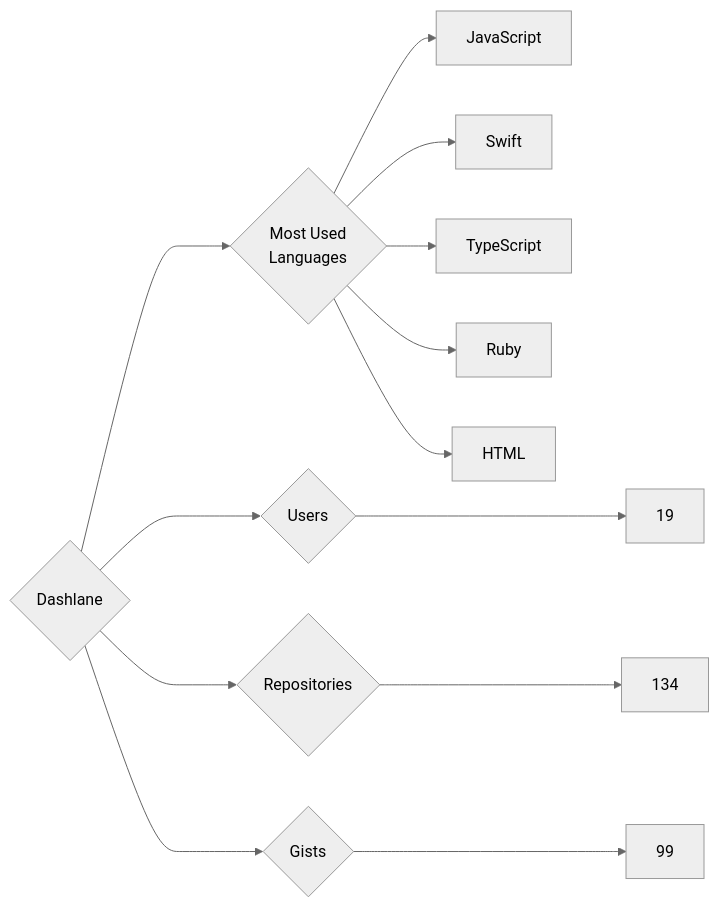
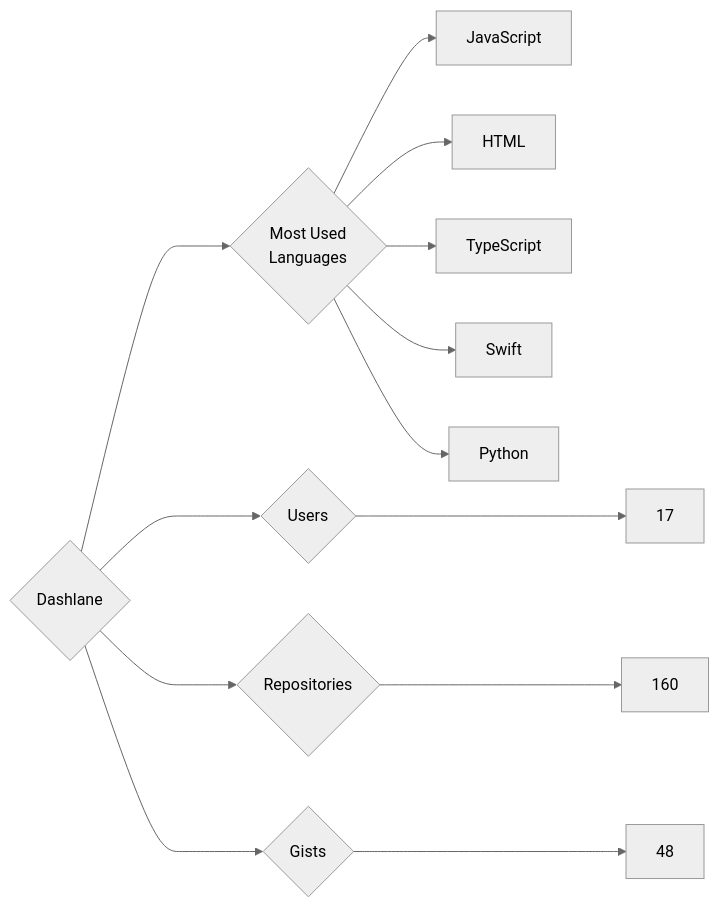
One commit to trickest/insiders changed the diagram in targets/Dashlane/README.md. Above: the diagram before and after it, drawn with Mermaid (neutral theme). The commit also changed 757 other files, not shown here.

````diff
--- a/targets/Dashlane/README.md
+++ b/targets/Dashlane/README.md
@@ -3,13 +3,13 @@
 ```mermaid
 graph LR
 COMPANY_NAME{Dashlane}
-COMPANY_NAME ---> U{Users} ---> UN[19]
-COMPANY_NAME ---> R{Repositories} ---> RN[134]
-COMPANY_NAME ---> G{Gists} ---> GN[99]
+COMPANY_NAME ---> U{Users} ---> UN[17]
+COMPANY_NAME ---> R{Repositories} ---> RN[160]
+COMPANY_NAME ---> G{Gists} ---> GN[48]
 COMPANY_NAME ---> ML{Most Used<br>Languages}
 ML --> JavaScript[JavaScript]
+ML --> HTML[HTML]
+ML --> TypeScript[TypeScript]
 ML --> Swift[Swift]
-ML --> TypeScript[TypeScript]
-ML --> Ruby[Ruby]
-ML --> HTML[HTML]
+ML --> Python[Python]
 ```
````
